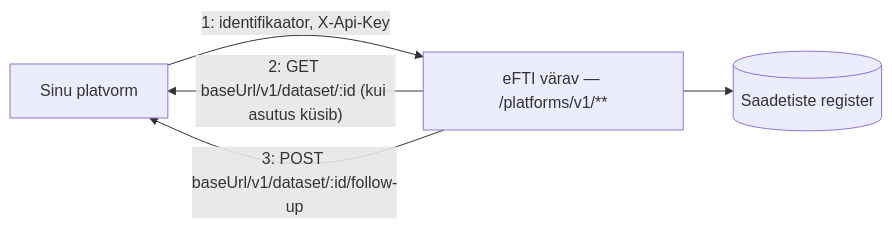
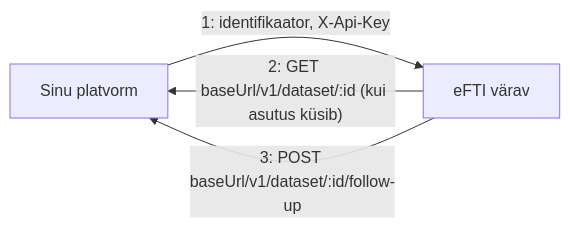
One commit to kemit-ee/efti-gate-ee changed the diagram in docs/developer/platform_api_integration_guide.md. Above: the diagram before and after it, drawn with Mermaid. The commit also changed other lines of this file and 2 other files, not shown here.

````diff
--- a/docs/developer/platform_api_integration_guide.md
+++ b/docs/developer/platform_api_integration_guide.md
@@ -14,7 +14,6 @@
 ```mermaid
 flowchart LR
-  PL["Sinu platvorm"] -->|"1: identifikaator, X-Api-Key"| GW["eFTI värav — /platforms/v1/**"]
-  GW --> DB[("Saadetiste register")]
+  PL["Sinu platvorm"] -->|"1: identifikaator, X-Api-Key"| GW["eFTI värav"]
   GW -->|"2: GET baseUrl/v1/dataset/:id (kui asutus küsib)"| PL
   GW -->|"3: POST baseUrl/v1/dataset/:id/follow-up"| PL
 ```
````
